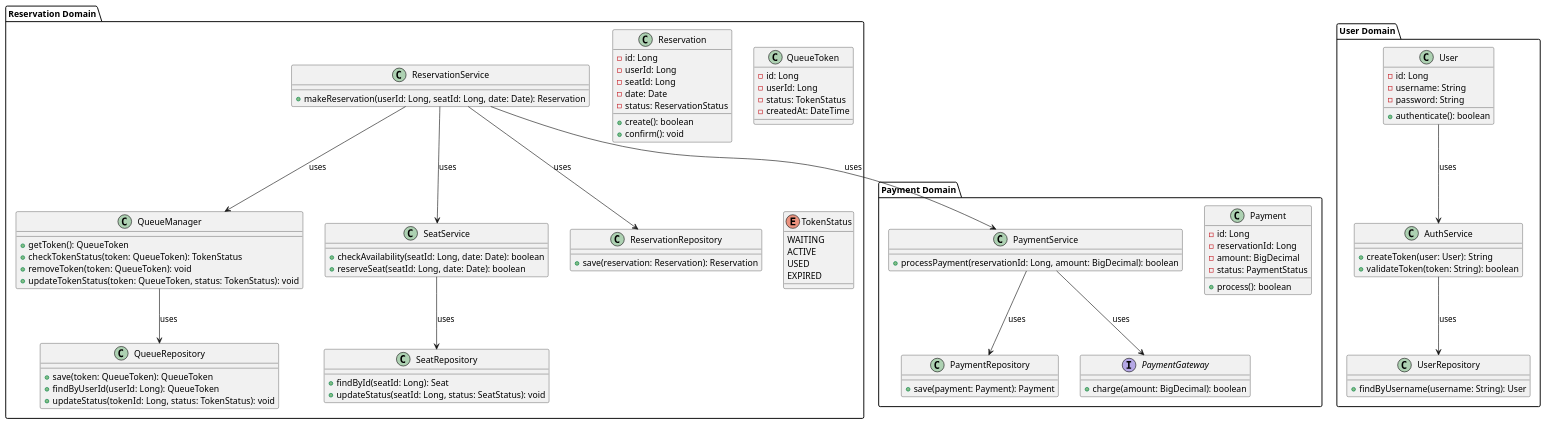
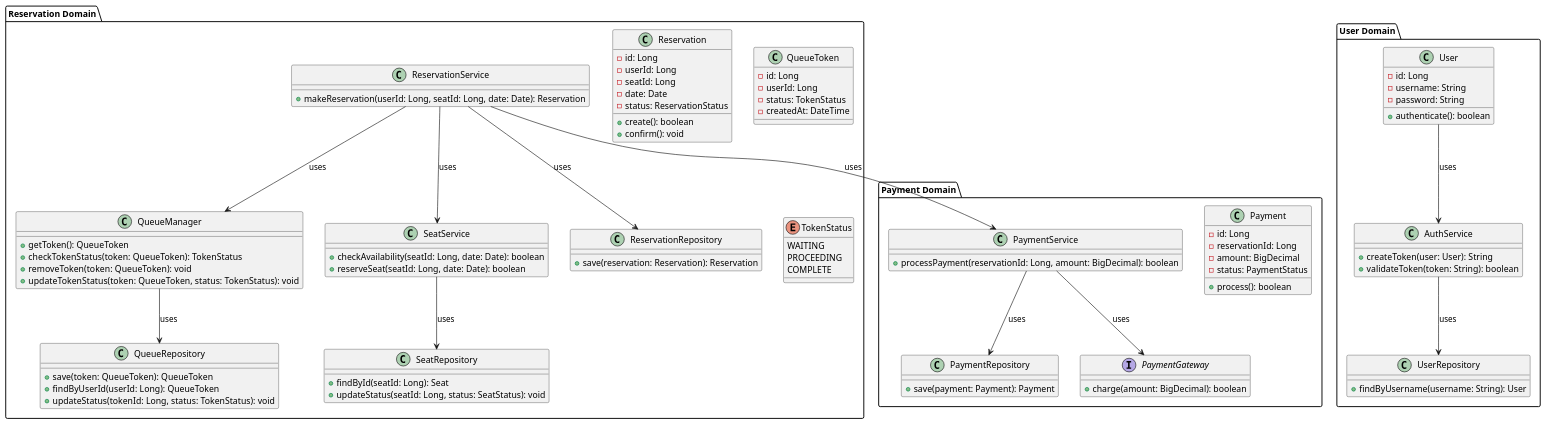
One commit to Hongmebuilding/hhp-server1 changed the diagram in docs/domain.puml. Above: the diagram before and after it, drawn with PlantUML. The commit also changed 6 other files, not shown here.

Commit message:
erd, usecase, mockcontroller

```diff
--- a/docs/domain.puml
+++ b/docs/domain.puml
@@ -1,112 +1,111 @@
 @startuml
 
 package "User Domain" {
   class User {
     - id: Long
     - username: String
     - password: String
     + authenticate(): boolean
   }
 
   class AuthService {
     + createToken(user: User): String
     + validateToken(token: String): boolean
   }
 
   class UserRepository {
     + findByUsername(username: String): User
   }
 }
 
 package "Reservation Domain" {
   class Reservation {
     - id: Long
     - userId: Long
     - seatId: Long
     - date: Date
     - status: ReservationStatus
     + create(): boolean
     + confirm(): void
   }
 
   class ReservationService {
     + makeReservation(userId: Long, seatId: Long, date: Date): Reservation
   }
 
   class SeatService {
     + checkAvailability(seatId: Long, date: Date): boolean
     + reserveSeat(seatId: Long, date: Date): boolean
   }
 
   class ReservationRepository {
     + save(reservation: Reservation): Reservation
   }
 
   class SeatRepository {
     + findById(seatId: Long): Seat
     + updateStatus(seatId: Long, status: SeatStatus): void
   }
 
   class QueueManager {
       + getToken(): QueueToken
       + checkTokenStatus(token: QueueToken): TokenStatus
       + removeToken(token: QueueToken): void
       + updateTokenStatus(token: QueueToken, status: TokenStatus): void
   }
 
   class QueueToken {
       - id: Long
       - userId: Long
       - status: TokenStatus
       - createdAt: DateTime
   }
 
   enum TokenStatus {
       WAITING
-      ACTIVE
-      USED
-      EXPIRED
+      PROCEEDING
+      COMPLETE
   }
 
   class QueueRepository {
       + save(token: QueueToken): QueueToken
       + findByUserId(userId: Long): QueueToken
       + updateStatus(tokenId: Long, status: TokenStatus): void
   }
 
   ReservationService --> QueueManager : uses
   QueueManager --> QueueRepository : uses
 }
 
 package "Payment Domain" {
   class Payment {
     - id: Long
     - reservationId: Long
     - amount: BigDecimal
     - status: PaymentStatus
     + process(): boolean
   }
 
   class PaymentService {
     + processPayment(reservationId: Long, amount: BigDecimal): boolean
   }
 
   class PaymentRepository {
     + save(payment: Payment): Payment
   }
 
   interface PaymentGateway {
     + charge(amount: BigDecimal): boolean
   }
 }
 
 User --> AuthService : uses
 AuthService --> UserRepository : uses
 ReservationService --> SeatService : uses
 ReservationService --> ReservationRepository : uses
 SeatService --> SeatRepository : uses
 ReservationService --> PaymentService : uses
 PaymentService --> PaymentRepository : uses
 PaymentService --> PaymentGateway : uses
 
 @enduml
```
